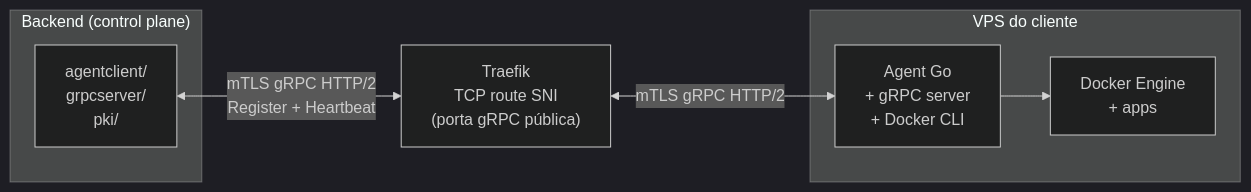
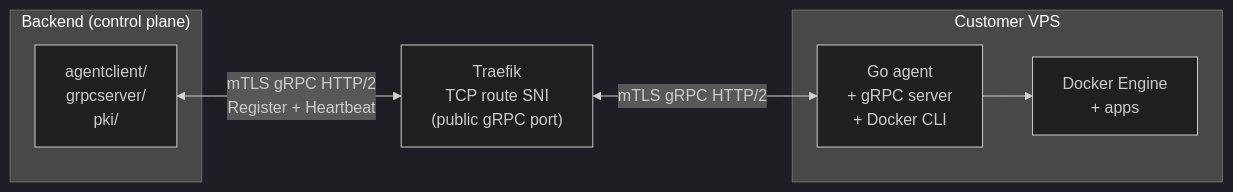
One commit to rafaeljfec2/connexto-vps-deploy-paas changed the first of 2 diagrams in docs/REMOTE_SSH_DEPLOY.md. Above: the diagram before and after it, drawn with Mermaid (dark theme). The commit also changed other lines of this file and 11 other files, not shown here.

````diff
--- a/docs/REMOTE_SSH_DEPLOY.md
+++ b/docs/REMOTE_SSH_DEPLOY.md
@@ -29,17 +26,17 @@
 ```mermaid
 flowchart LR
     subgraph BackendBox["Backend (control plane)"]
         AgentClient["agentclient/<br/>grpcserver/<br/>pki/"]
     end
 
-    Traefik["Traefik<br/>TCP route SNI<br/>(porta gRPC pública)"]
+    Traefik["Traefik<br/>TCP route SNI<br/>(public gRPC port)"]
 
-    subgraph VPSBox["VPS do cliente"]
-        Agent["Agent Go<br/>+ gRPC server<br/>+ Docker CLI"]
+    subgraph VPSBox["Customer VPS"]
+        Agent["Go agent<br/>+ gRPC server<br/>+ Docker CLI"]
         DockerEngine["Docker Engine<br/>+ apps"]
         Agent --> DockerEngine
     end
 
     AgentClient <-->|mTLS gRPC HTTP/2<br/>Register + Heartbeat| Traefik
     Traefik <-->|mTLS gRPC HTTP/2| Agent
 ```
````
